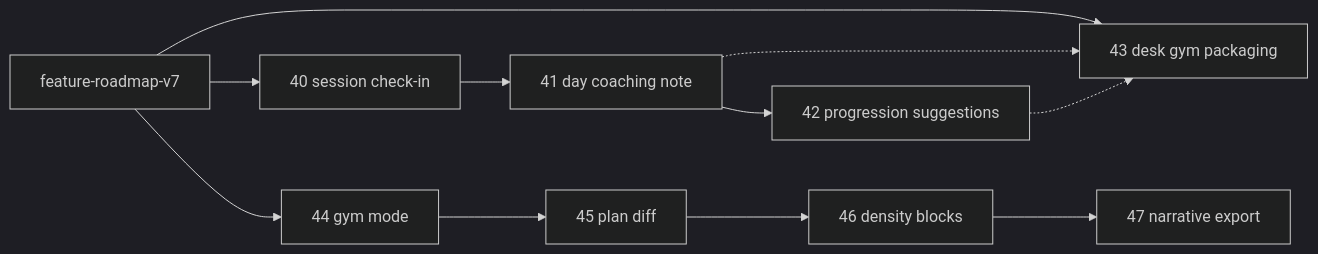
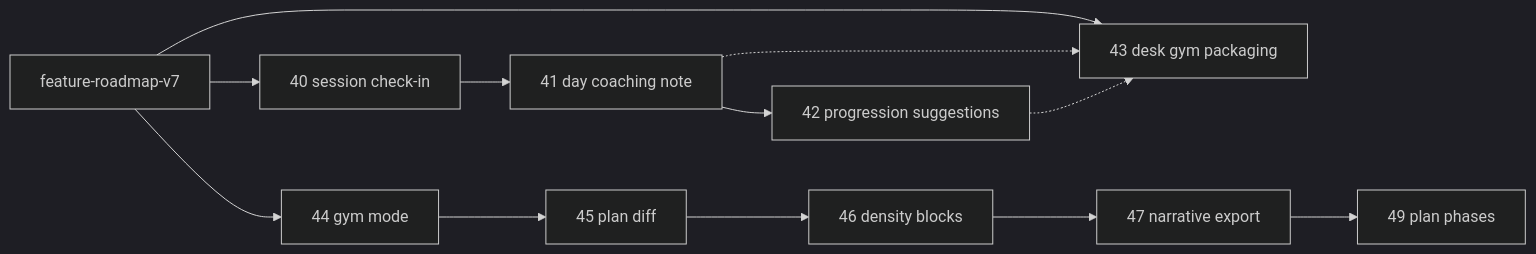
Before and after one commit to edar-dev/powercoach-studio: the first of 4 diagrams in .cursor/plans/README.md, drawn with Mermaid (dark theme). The commit also changed other lines of this file and 31 other files, not shown here.

````diff
--- a/.cursor/plans/README.md
+++ b/.cursor/plans/README.md
@@ -24,17 +27,19 @@
 ```mermaid
 flowchart LR
   V7[feature-roadmap-v7]
   F40[40 session check-in]
   F41[41 day coaching note]
   F42[42 progression suggestions]
   F43[43 desk gym packaging]
   F44[44 gym mode]
   F45[45 plan diff]
   F46[46 density blocks]
   F47[47 narrative export]
+  F49[49 plan phases]
   V7 --> F40 --> F41 --> F42
   V7 --> F43
   F41 -.-> F43
   F42 -.-> F43
   V7 --> F44 --> F45 --> F46 --> F47
+  F47 --> F49
 ```
````
